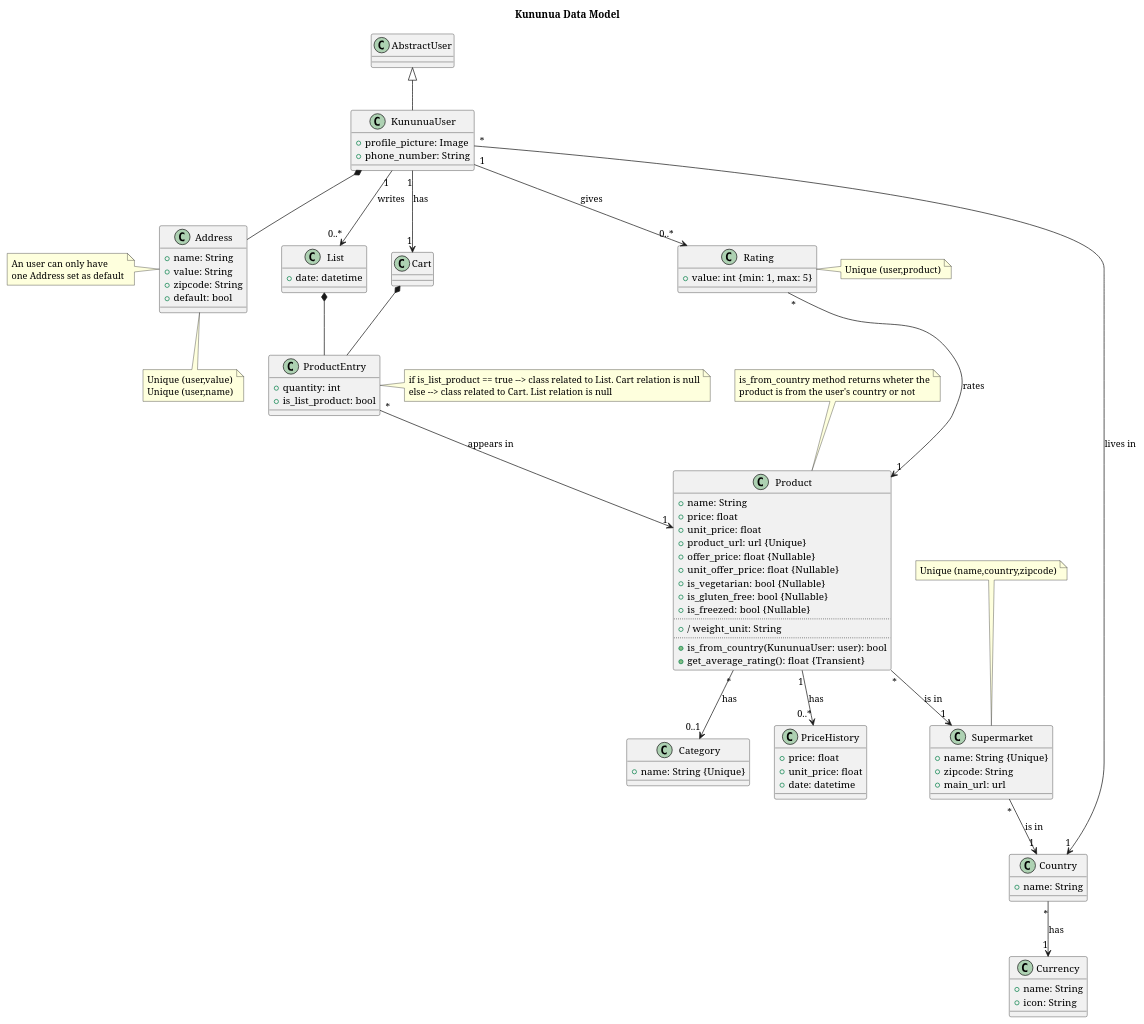
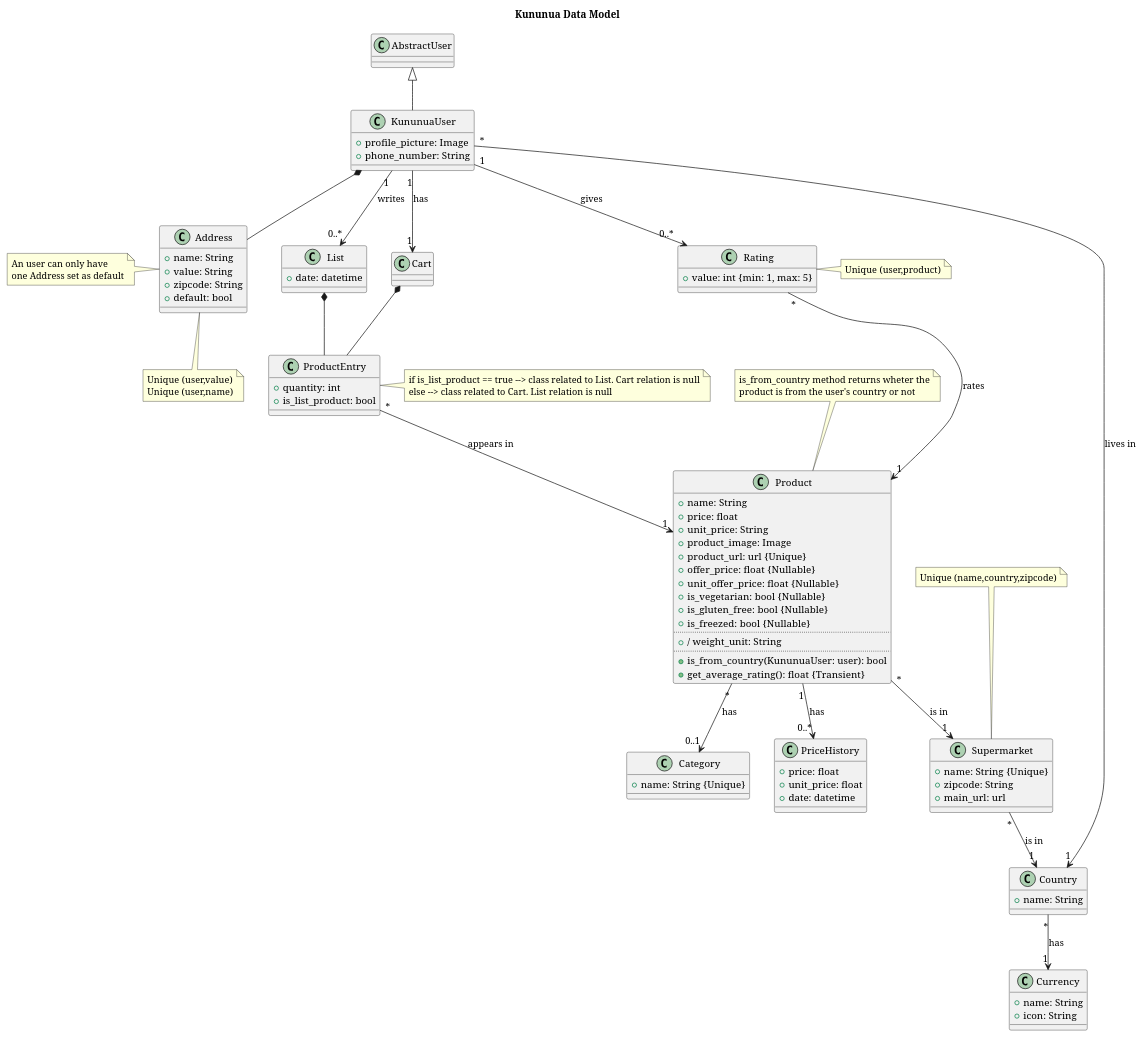
One commit to Kununua/kununua-app changed the diagram in documentation/diagrams/src/data-diagram.wsd. Above: the diagram before and after it, drawn with PlantUML. The commit also changed 18 other files, not shown here.

```diff
--- a/documentation/diagrams/src/data-diagram.wsd
+++ b/documentation/diagrams/src/data-diagram.wsd
@@ -1,130 +1,131 @@
-@startuml "Kununua Data Model" as KununuaDataModel
+@startuml KununuaDataModel
 
 ' --------------- CONFIG ----------------
 
 title Kununua Data Model
 '!theme minty
 '!theme materia
 skinparam defaultFontName Serif
 
 ' --------------- CLASSES ----------------
 
 class AbstractUser{}
 
 class KununuaUser{
     +profile_picture: Image
     +phone_number: String
 }
 
 class Country{
     +name: String
 }
 
 class Currency{
     +name: String
     +icon: String
 }
 
 class Address{
     +name: String
     +value: String
     +zipcode: String
     +default: bool
 }
 
 class Product{
     +name: String
     +price: float
-    +unit_price: float
+    +unit_price: String
+    +product_image: Image
     +product_url: url {Unique}
     +offer_price: float {Nullable}
     +unit_offer_price: float {Nullable}
     +is_vegetarian: bool {Nullable}
     +is_gluten_free: bool {Nullable}
     +is_freezed: bool {Nullable}
     ..
     + / weight_unit: String
     ..
     +is_from_country(KununuaUser: user): bool
     +get_average_rating(): float {Transient}
 }
 
 class Category{
     +name: String {Unique}
 }
 
 class Supermarket{
     +name: String {Unique}
     +zipcode: String
     +main_url: url
 }
 
 class Rating{
     +value: int {min: 1, max: 5}
 }
 
 class PriceHistory{
     +price: float
     +unit_price: float
     +date: datetime
 }
 
 class List{
     +date: datetime
 }
 
 class Cart{}
 
 class ProductEntry{
     +quantity: int
     +is_list_product: bool
 }
 
 ' --------------- NOTES ----------------
 note left of Address 
 An user can only have 
 one Address set as default
 end note
 
 note bottom of Address 
 Unique (user,value)
 Unique (user,name)
 end note
 
 note top of Product
 is_from_country method returns wheter the
 product is from the user's country or not
 end note
 
 note top of Supermarket
 Unique (name,country,zipcode)
 end note
 
 note right of Rating
 Unique (user,product)
 end note
 
 note right of ProductEntry
 if is_list_product == true --> class related to List. Cart relation is null
 else --> class related to Cart. List relation is null
 end note
 
 ' --------------- RELATIONS ----------------
 
 AbstractUser <|-- KununuaUser
 KununuaUser *-- Address
 KununuaUser "*" --> "1" Country: lives in
 KununuaUser "1" --> "0..*" Rating: gives
 KununuaUser "1" --> "0..*" List: writes
 KununuaUser "1" --> "1" Cart: has
 Country "*" --> "1" Currency: has
 Product "*" --> "0..1" Category: has
 Product "*" --> "1" Supermarket: is in
 Product "1" --> "0..*" PriceHistory: has
 Supermarket "*" --> "1" Country: is in
 Rating "*" --> "1" Product: rates
 List *-- ProductEntry
 Cart *-- ProductEntry
 ProductEntry "*" --> "1" Product: appears in
 
 @enduml
```
